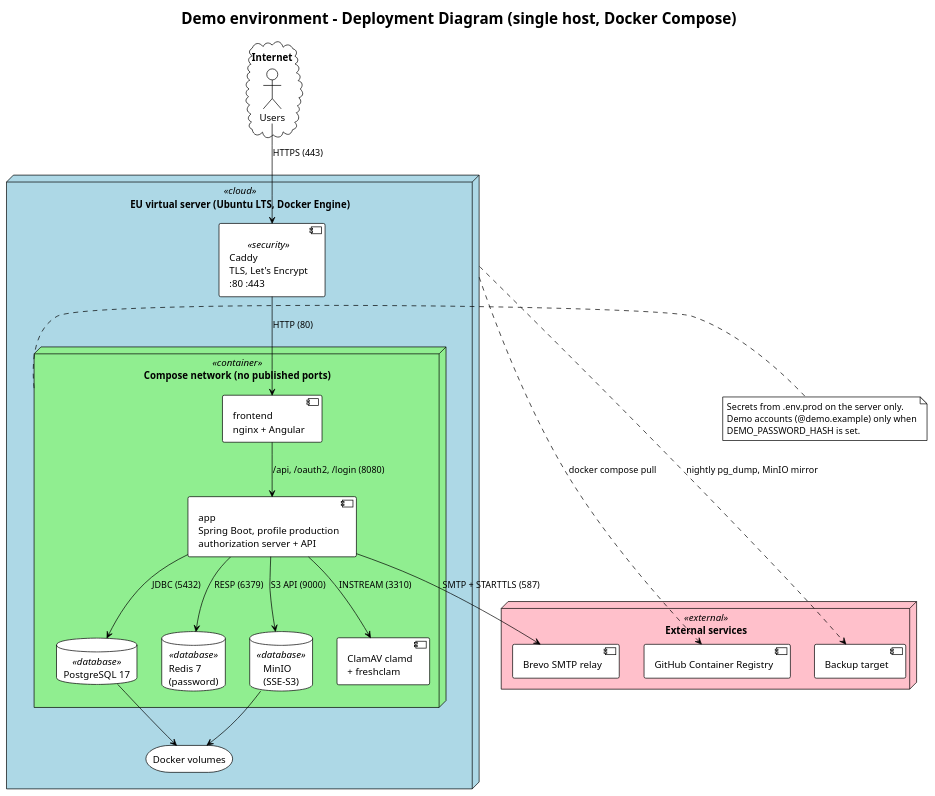
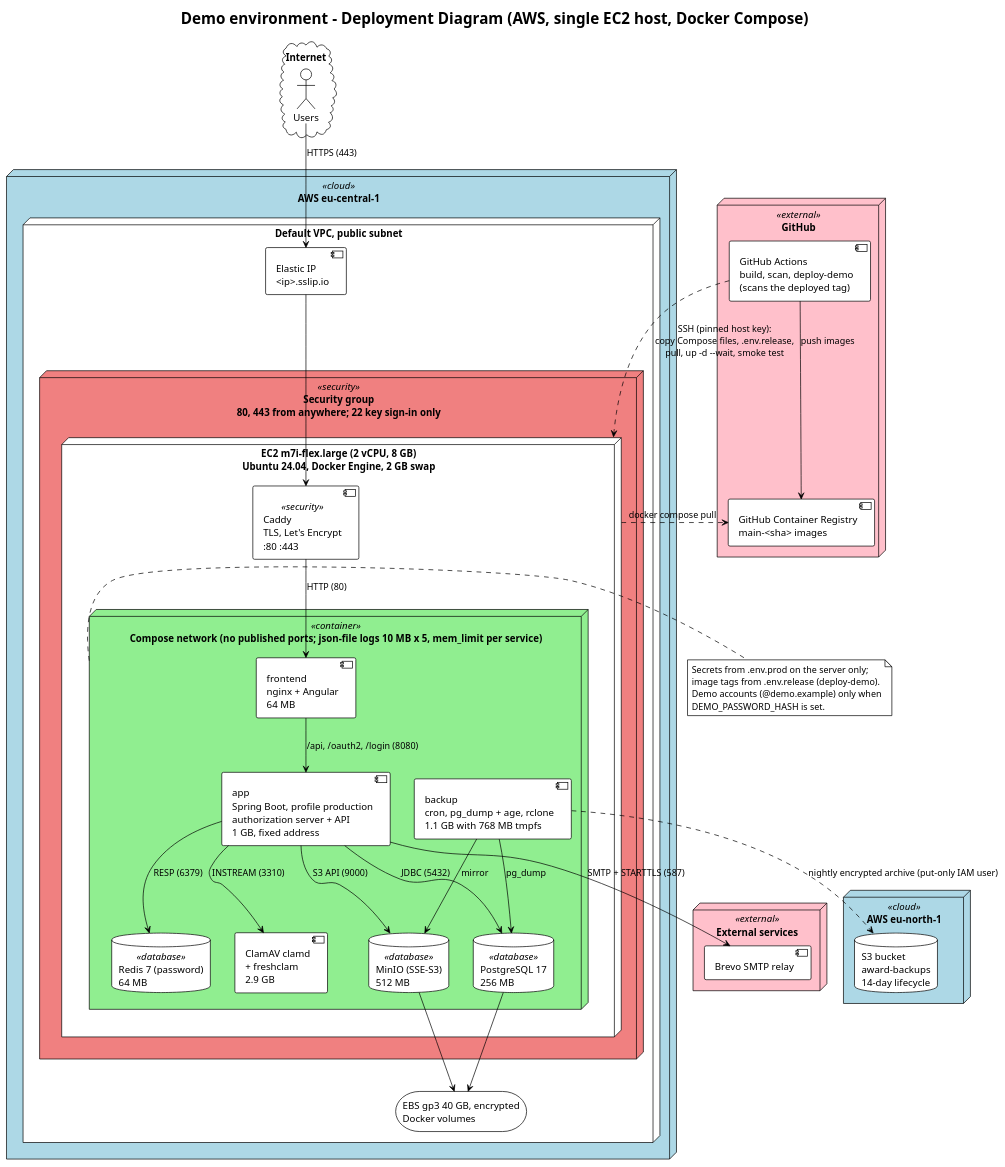
Before and after one commit to StKostyk/award-monitoring-system: the diagram in docs/diagrams/deployment-demo.puml, drawn with PlantUML. The commit also changed 13 other files, not shown here.

First line of the commit message:
feat(deploy): add the demo deploy job, log rotation and memory limits

```diff
--- a/docs/diagrams/deployment-demo.puml
+++ b/docs/diagrams/deployment-demo.puml
@@ -1,63 +1,83 @@
 @startuml Deployment_Demo
 ' =============================================================================
-' Demo deployment for the thesis defense (ADR-021)
+' Demo deployment for the thesis defense (ADR-021, addendum 2026-11-11)
 ' Award Monitoring & Tracking System
 ' =============================================================================
 
 !theme plain
 
 skinparam node {
     BackgroundColor<<cloud>> LightBlue
     BackgroundColor<<container>> LightGreen
     BackgroundColor<<database>> LightYellow
     BackgroundColor<<external>> Pink
     BackgroundColor<<security>> LightCoral
 }
 
-title Demo environment - Deployment Diagram (single host, Docker Compose)
+title Demo environment - Deployment Diagram (AWS, single EC2 host, Docker Compose)
 
 cloud "Internet" as internet {
     actor "Users" as users
 }
 
-node "EU virtual server (Ubuntu LTS, Docker Engine)" <<cloud>> as host {
-    component [Caddy\nTLS, Let's Encrypt\n:80 :443] <<security>> as caddy
+node "AWS eu-central-1" <<cloud>> as region {
+    node "Default VPC, public subnet" as vpc {
+        component [Elastic IP\n<ip>.sslip.io] as eip
+        node "Security group\n80, 443 from anywhere; 22 key sign-in only" <<security>> as sg {
+            node "EC2 m7i-flex.large (2 vCPU, 8 GB)\nUbuntu 24.04, Docker Engine, 2 GB swap" as host {
+                component [Caddy\nTLS, Let's Encrypt\n:80 :443] <<security>> as caddy
 
-    node "Compose network (no published ports)" <<container>> as net {
-        component [frontend\nnginx + Angular] as frontend
-        component [app\nSpring Boot, profile production\nauthorization server + API] as app
-        database "PostgreSQL 17" <<database>> as postgres
-        database "Redis 7\n(password)" <<database>> as redis
-        database "MinIO\n(SSE-S3)" <<database>> as minio
-        component [ClamAV clamd\n+ freshclam] as clamav
+                node "Compose network (no published ports; json-file logs 10 MB x 5, mem_limit per service)" <<container>> as net {
+                    component [frontend\nnginx + Angular\n64 MB] as frontend
+                    component [app\nSpring Boot, profile production\nauthorization server + API\n1 GB, fixed address] as app
+                    database "PostgreSQL 17\n256 MB" <<database>> as postgres
+                    database "Redis 7 (password)\n64 MB" <<database>> as redis
+                    database "MinIO (SSE-S3)\n512 MB" <<database>> as minio
+                    component [ClamAV clamd\n+ freshclam\n2.9 GB] as clamav
+                    component [backup\ncron, pg_dump + age, rclone\n1.1 GB with 768 MB tmpfs] as backup
+                }
+            }
+        }
+        storage "EBS gp3 40 GB, encrypted\nDocker volumes" as ebs
     }
+}
 
-    storage "Docker volumes" as volumes
+node "AWS eu-north-1" <<cloud>> as backupRegion {
+    database "S3 bucket\naward-backups\n14-day lifecycle" as s3
+}
+
+node "GitHub" <<external>> as github {
+    component [GitHub Actions\nbuild, scan, deploy-demo\n(scans the deployed tag)] as actions
+    component [GitHub Container Registry\nmain-<sha> images] as ghcr
 }
 
 node "External services" <<external>> as external {
     component [Brevo SMTP relay] as smtp
-    component [GitHub Container Registry] as ghcr
-    component [Backup target] as backup
 }
 
-users --> caddy : HTTPS (443)
+users --> eip : HTTPS (443)
+eip --> caddy
 caddy --> frontend : HTTP (80)
 frontend --> app : /api, /oauth2, /login (8080)
 app --> postgres : JDBC (5432)
 app --> redis : RESP (6379)
 app --> minio : S3 API (9000)
 app --> clamav : INSTREAM (3310)
 app --> smtp : SMTP + STARTTLS (587)
-postgres --> volumes
-minio --> volumes
+postgres --> ebs
+minio --> ebs
+backup --> postgres : pg_dump
+backup --> minio : mirror
+backup ..> s3 : nightly encrypted archive (put-only IAM user)
+actions --> ghcr : push images
+actions ..> host : SSH (pinned host key):\ncopy Compose files, .env.release,\npull, up -d --wait, smoke test
 host ..> ghcr : docker compose pull
-host ..> backup : nightly pg_dump, MinIO mirror
 
 note right of net
-    Secrets from .env.prod on the server only.
+    Secrets from .env.prod on the server only;
+    image tags from .env.release (deploy-demo).
     Demo accounts (@demo.example) only when
     DEMO_PASSWORD_HASH is set.
 end note
 
 @enduml
```
